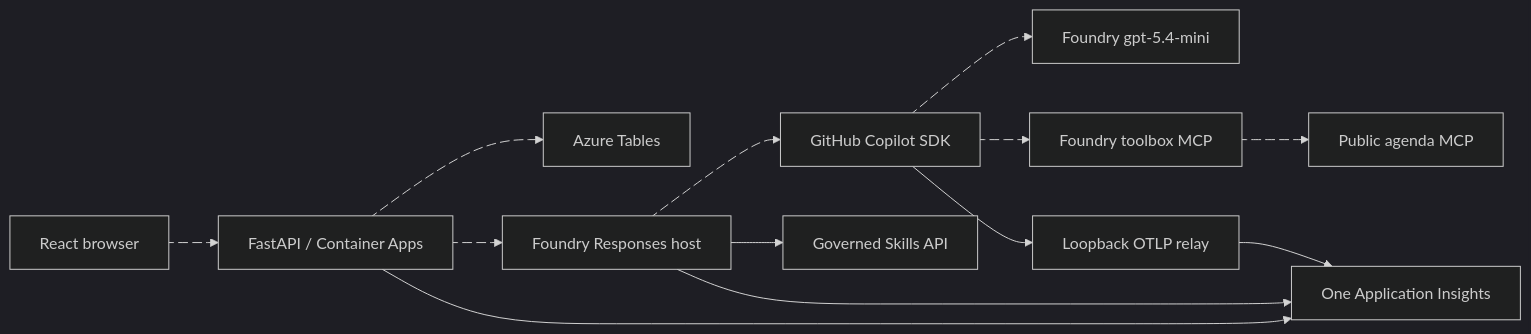
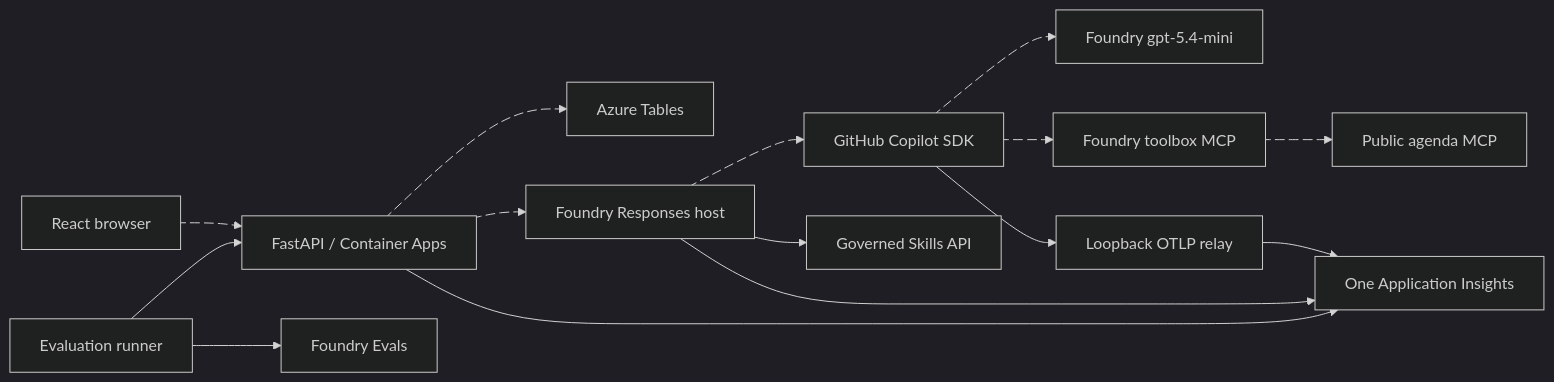
One commit to dbroeglin/cloud-and-ai-day-geneva-demo changed the diagram in docs/implementation.md. Above: the diagram before and after it, drawn with Mermaid (dark theme). The commit also changed other lines of this file and 12 other files, not shown here.

First line of the commit message:
Add Foundry evaluation gate

````diff
--- a/docs/implementation.md
+++ b/docs/implementation.md
@@ -20,22 +21,24 @@
 ```mermaid
 flowchart LR
     Browser[React browser] e1@--> API[FastAPI / Container Apps]
     API e2@--> Data[Azure Tables]
     API e3@--> Host[Foundry Responses host]
     Host e4@--> SDK[GitHub Copilot SDK]
     SDK e5@--> Model[Foundry gpt-5.4-mini]
     Host --> Skills[Governed Skills API]
     SDK e6@--> Toolbox[Foundry toolbox MCP]
     Toolbox e7@--> Agenda[Public agenda MCP]
+    Eval[Evaluation runner] --> API
+    Eval --> FoundryEvals[Foundry Evals]
     API --> Insights[One Application Insights]
     Host --> Insights
     SDK --> Relay[Loopback OTLP relay]
     Relay --> Insights
     e1@{ animate: true }
     e2@{ animate: true }
     e3@{ animate: true }
     e4@{ animate: true }
     e5@{ animate: true }
     e6@{ animate: true }
     e7@{ animate: true }
 ```
````
